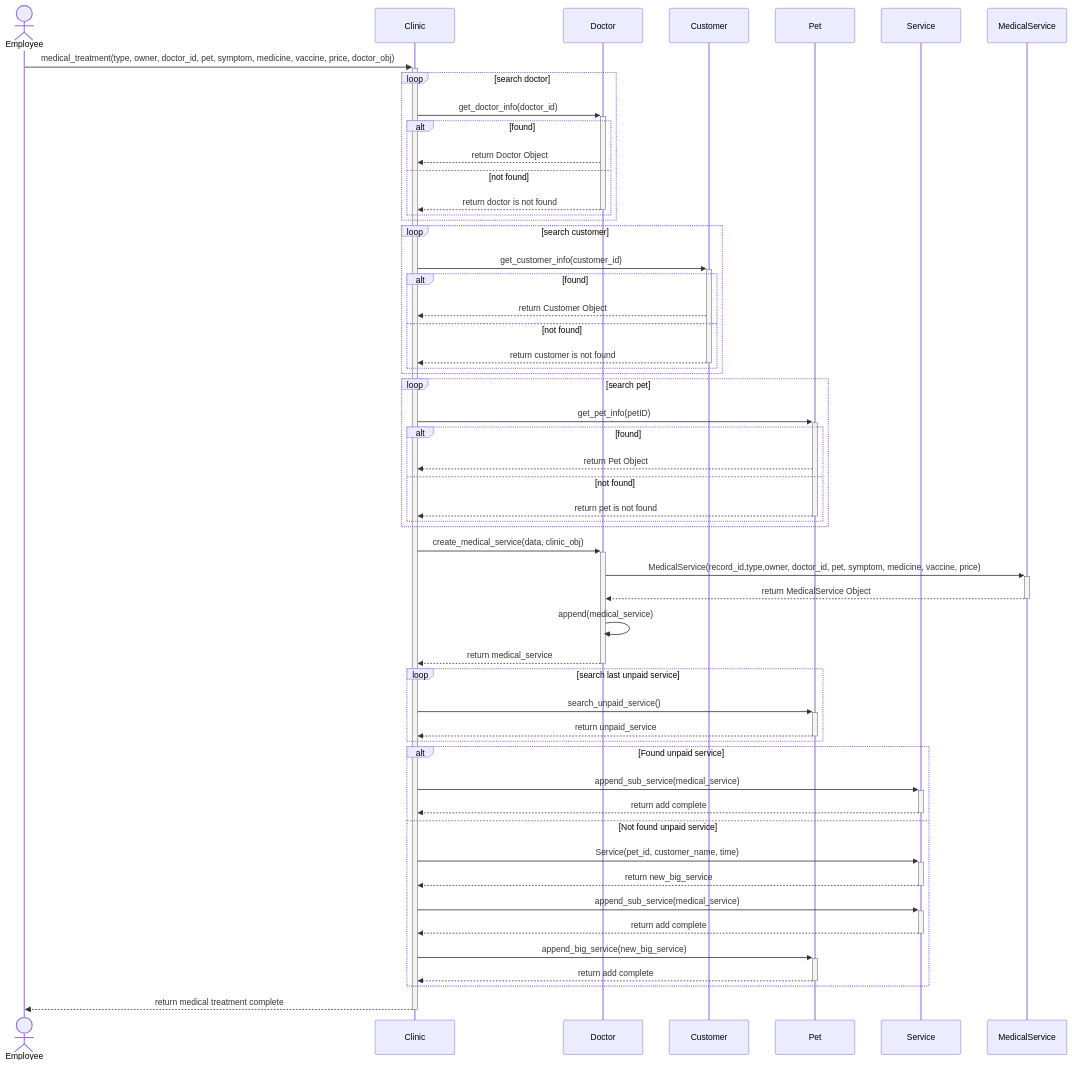
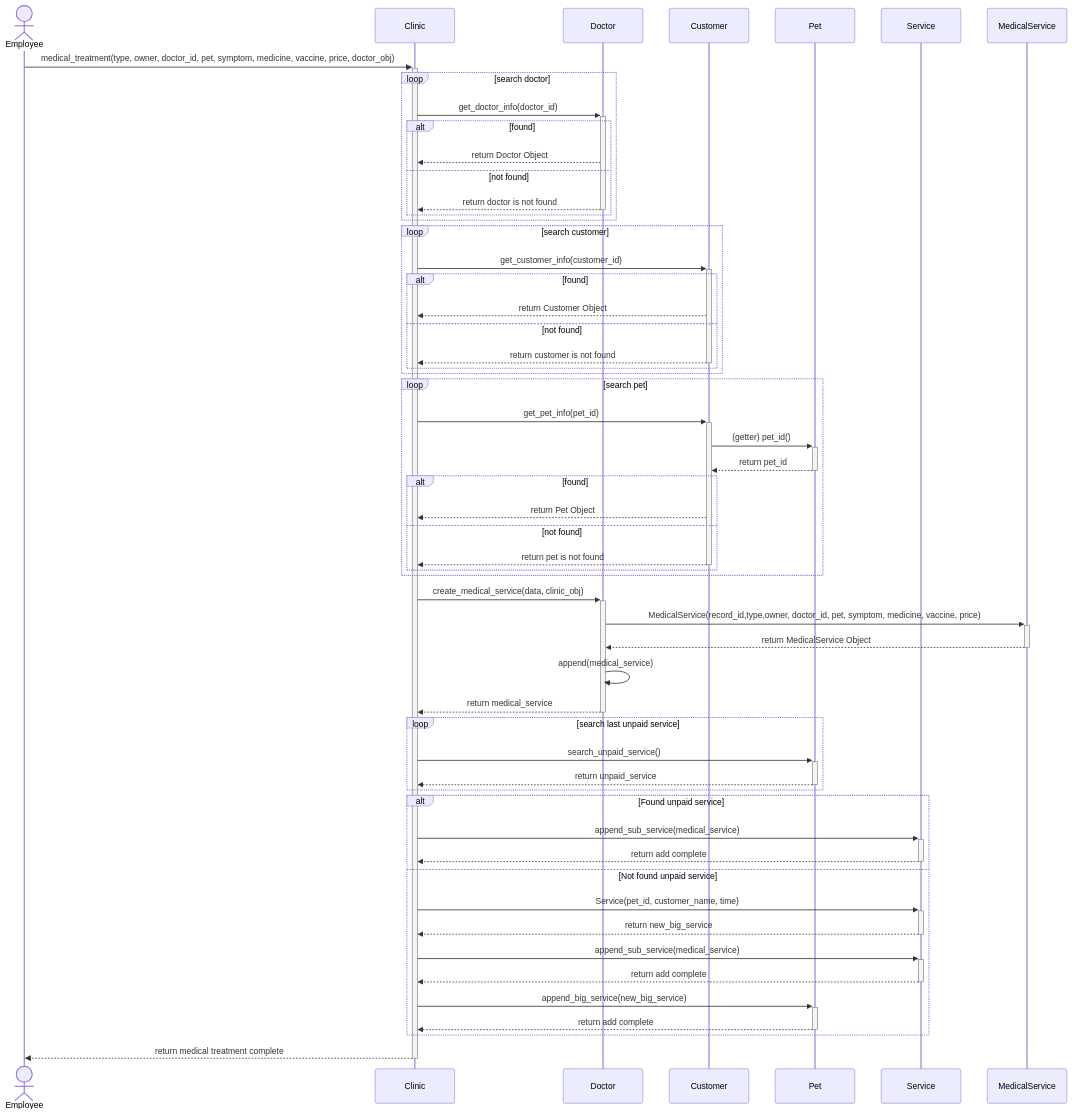
Before and after one commit to HiruKub/OOP-PROJECT_BASECODE: the diagram in SequenceDiagram/Pet Treatment Service-2026-02-21-073359.mmd, drawn with Mermaid. The commit also changed 1 other file, not shown here.

Commit message:
refactor: update pet information retrieval in sequence diagram

```diff
--- a/SequenceDiagram/Pet Treatment Service-2026-02-21-073359.mmd
+++ b/SequenceDiagram/Pet Treatment Service-2026-02-21-073359.mmd
@@ -1,77 +1,79 @@
 sequenceDiagram
     actor Employee
     participant Clinic
     participant Doctor
     participant Customer
     participant Pet
     participant Service
     participant MedicalService
     
 
     Employee ->>+ Clinic: medical_treatment(type, owner, doctor_id, pet, symptom, medicine, vaccine, price, doctor_obj)
 
     loop search doctor
         Clinic->>+Doctor: get_doctor_info(doctor_id)
         alt found
             Doctor-->>Clinic: return Doctor Object
         else not found
             Doctor-->>-Clinic: return doctor is not found
         end
     end
 
     %% Clinic ->>+ Doctor: start_medical_service(data, clinic_obj)
 
     loop search customer
         Clinic->>+Customer: get_customer_info(customer_id)
         alt found
             Customer-->>Clinic: return Customer Object
         else not found
             Customer-->>-Clinic: return customer is not found
         end
     end
     
     loop search pet
-        Clinic->>+Pet: get_pet_info(petID)
+        Clinic->>+Customer: get_pet_info(pet_id)
+        Customer ->>+ Pet : (getter) pet_id()
+        Pet -->>- Customer : return pet_id
         alt found   
-            Pet-->>Clinic: return Pet Object 
+            Customer-->>Clinic: return Pet Object 
         else not found
-            Pet-->>-Clinic: return pet is not found
+            Customer-->>-Clinic: return pet is not found
         end
     end
     
 
     %% Doctor->>Doctor: update_information(symptom,medical,vaccine,price)
     
     %% Doctor->>Doctor: generate_record_id()
     Clinic->>+Doctor: create_medical_service(data, clinic_obj)
 
     Doctor->>+MedicalService: MedicalService(record_id,type,owner, doctor_id, pet, symptom, medicine, vaccine, price)    
     MedicalService-->>-Doctor: return MedicalService Object
 
     Doctor->>Doctor: append(medical_service)
 
     Doctor-->>-Clinic: return medical_service
 
     loop search last unpaid service 
         Clinic->>+Pet: search_unpaid_service()
         Pet-->>-Clinic: return unpaid_service
     end
 
     alt Found unpaid service
         Clinic->>+Service: append_sub_service(medical_service)
         Service-->>-Clinic: return add complete
     else Not found unpaid service
         Clinic->>+Service: Service(pet_id, customer_name, time)
         Service-->>-Clinic: return new_big_service
 
         Clinic->>+Service: append_sub_service(medical_service)
         Service-->>-Clinic: return add complete
 
         Clinic->>+Pet: append_big_service(new_big_service)
         Pet-->>-Clinic: return add complete
         
     end
 
     %% Doctor-->>-Clinic: return medical treatment complete
 
     Clinic-->>-Employee: return medical treatment complete
```
